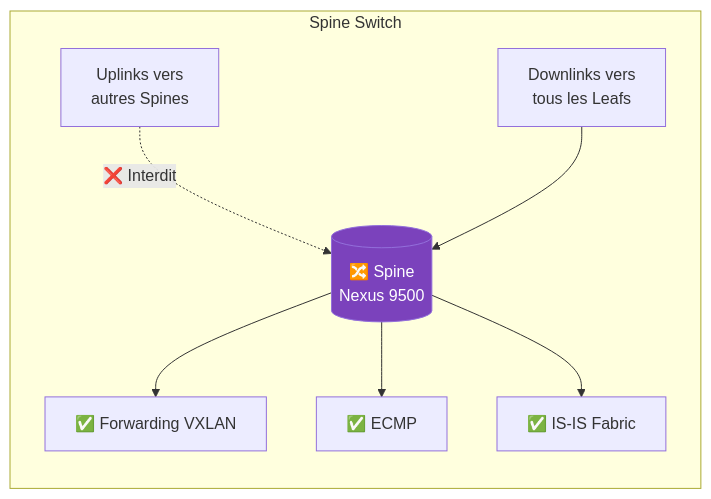
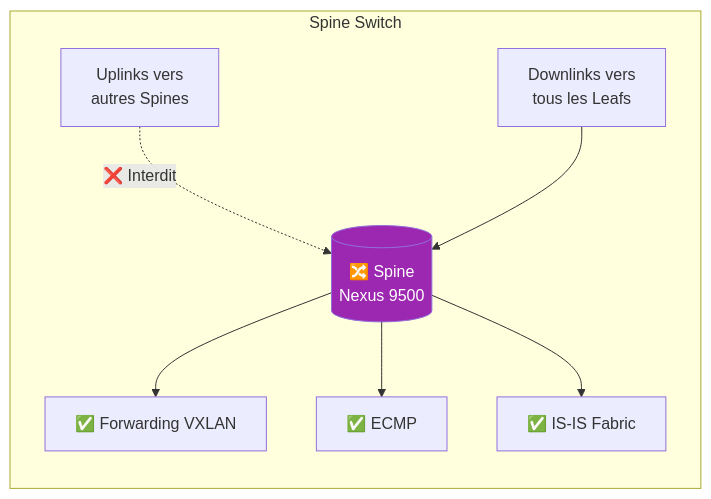
One commit to VBlackJack/ShellBook changed the fourth of 15 diagrams in docs/formations/terraform-aci/02-module.md. Above: the diagram before and after it, drawn with Mermaid. The commit also changed other lines of this file and 337 other files, not shown here.

First line of the commit message:
refactor(docs): Standardize code blocks and Mermaid colors

````diff
--- a/docs/formations/terraform-aci/02-module.md
+++ b/docs/formations/terraform-aci/02-module.md
@@ -179,15 +179,15 @@
 ```mermaid
 graph LR
     subgraph "Spine Switch"
         SP[("🔀 Spine<br/>Nexus 9500")]
 
         UP1[Uplinks vers<br/>autres Spines] -.->|"❌ Interdit"| SP
         DOWN1[Downlinks vers<br/>tous les Leafs] --> SP
 
         SP --> FUNC1["✅ Forwarding VXLAN"]
         SP --> FUNC2["✅ ECMP"]
         SP --> FUNC3["✅ IS-IS Fabric"]
     end
 
-    style SP fill:#7b42bc,color:#fff
+    style SP fill:#9C27B0,color:#fff
 ```
````
